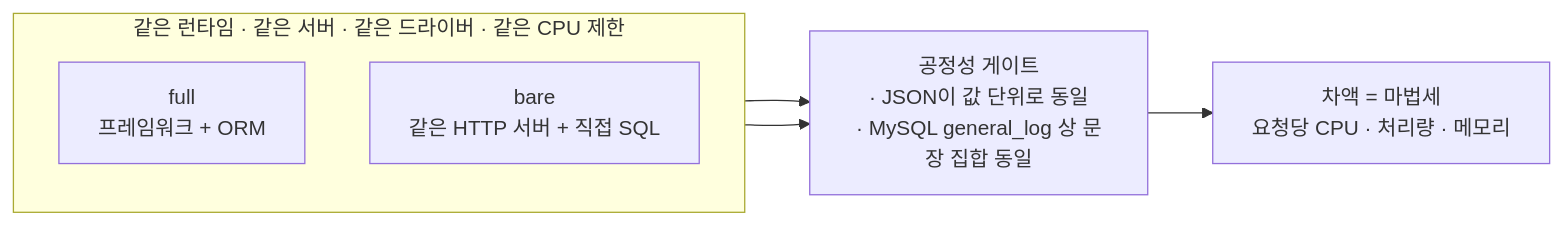
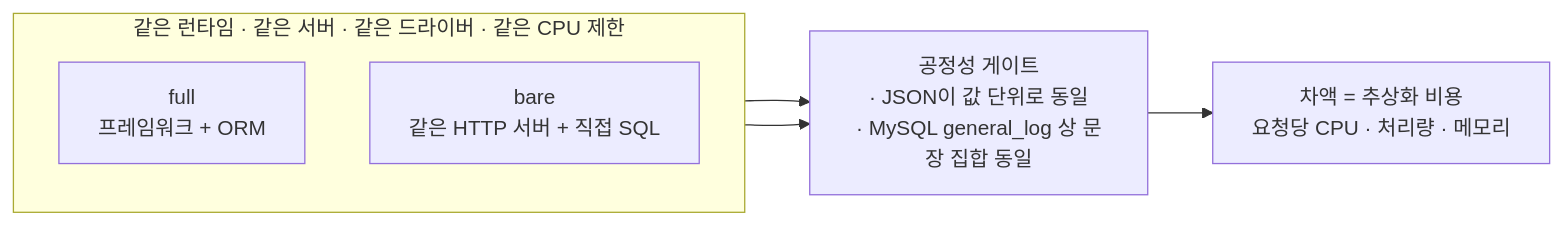
Before and after one commit to MartianLee/martianlee.github.com: the diagram in data/posts/2026-09-01-framework-magic-tax.mdx, drawn with Mermaid. The commit also changed other lines of this file and 3 other files, not shown here.

First line of the commit message:
post(magic-tax): 「마법세」를 「추상화 비용」으로 교체 (KO+EN)

````diff
--- a/data/posts/2026-09-01-framework-magic-tax.mdx
+++ b/data/posts/2026-09-01-framework-magic-tax.mdx
@@ -89,12 +89,12 @@
 ```mermaid
 flowchart LR
     subgraph RB["같은 런타임 · 같은 서버 · 같은 드라이버 · 같은 CPU 제한"]
         direction TB
         F["full<br/>프레임워크 + ORM"]
         B["bare<br/>같은 HTTP 서버 + 직접 SQL"]
     end
     GATE["공정성 게이트<br/>· JSON이 값 단위로 동일<br/>· MySQL general_log 상 문장 집합 동일"]
     F --> GATE
     B --> GATE
-    GATE --> T["차액 = 마법세<br/>요청당 CPU · 처리량 · 메모리"]
+    GATE --> T["차액 = 추상화 비용<br/>요청당 CPU · 처리량 · 메모리"]
 ```
````
